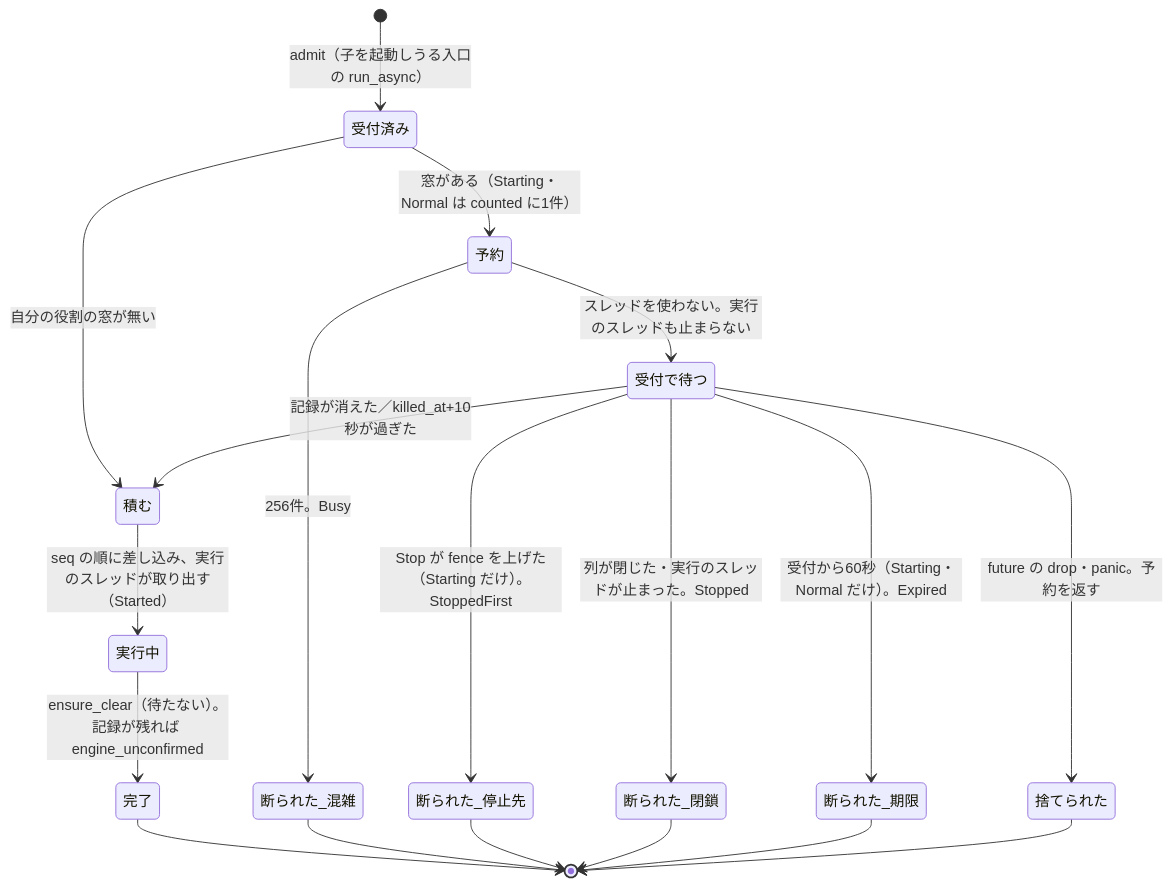
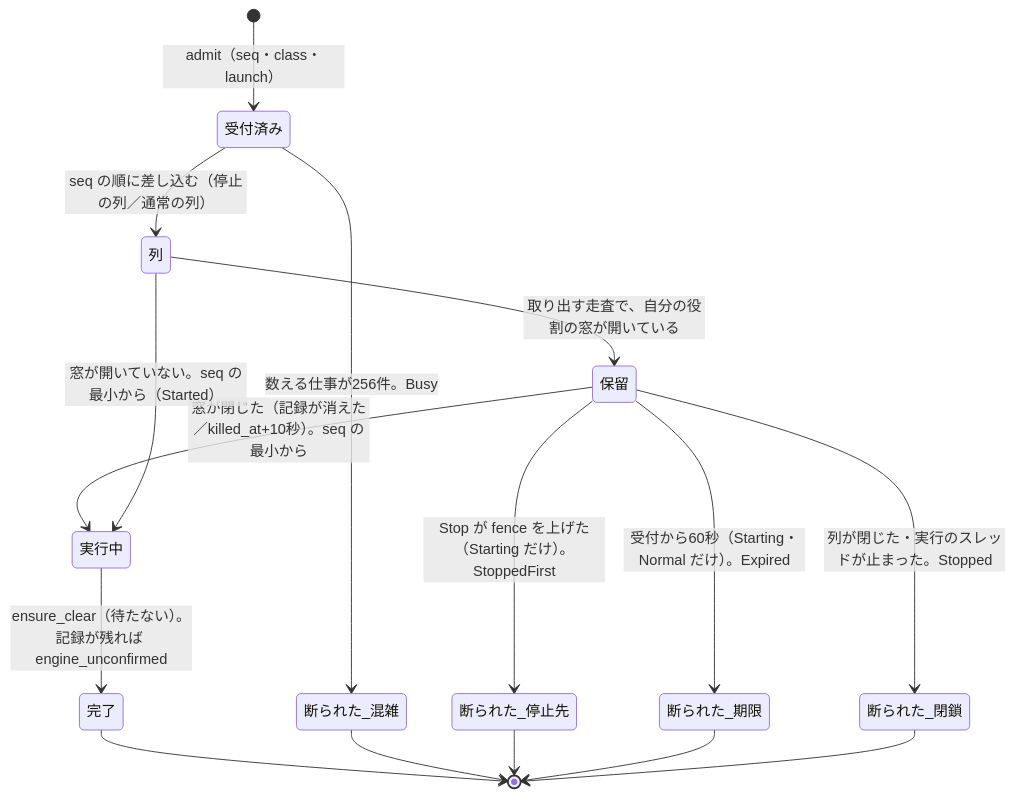
The fourth of 4 diagrams in docs/plans/audio-session-f1b0b-design.md (blackflame7983/Auralyn), drawn with Mermaid before and after one commit. The commit also changed other lines of this file, not shown here.

````diff
--- a/docs/plans/audio-session-f1b0b-design.md
+++ b/docs/plans/audio-session-f1b0b-design.md
@@ -1633,21 +1669,18 @@
 ```mermaid
 stateDiagram-v2
-  [*] --> 受付済み: admit（子を起動しうる入口の run_async）
-  受付済み --> 積む: 自分の役割の窓が無い
-  受付済み --> 予約: 窓がある（Starting・Normal は counted に1件）
-  予約 --> 断られた_混雑: 256件。Busy
-  予約 --> 受付で待つ: スレッドを使わない。実行のスレッドも止まらない
-  受付で待つ --> 積む: 記録が消えた／killed_at+10秒が過ぎた
-  受付で待つ --> 断られた_停止先: Stop が fence を上げた（Starting だけ）。StoppedFirst
-  受付で待つ --> 断られた_閉鎖: 列が閉じた・実行のスレッドが止まった。Stopped
-  受付で待つ --> 断られた_期限: 受付から60秒（Starting・Normal だけ）。Expired
-  受付で待つ --> 捨てられた: future の drop・panic。予約を返す
-  積む --> 実行中: seq の順に差し込み、実行のスレッドが取り出す（Started）
+  [*] --> 受付済み: admit（seq・class・launch）
+  受付済み --> 断られた_混雑: 数える仕事が256件。Busy
+  受付済み --> 列: seq の順に差し込む（停止の列／通常の列）
+  列 --> 保留: 取り出す走査で、自分の役割の窓が開いている
+  保留 --> 実行中: 窓が閉じた（記録が消えた／killed_at+10秒）。seq の最小から
+  列 --> 実行中: 窓が開いていない。seq の最小から（Started）
+  保留 --> 断られた_停止先: Stop が fence を上げた（Starting だけ）。StoppedFirst
+  保留 --> 断られた_期限: 受付から60秒（Starting・Normal だけ）。Expired
+  保留 --> 断られた_閉鎖: 列が閉じた・実行のスレッドが止まった。Stopped
   実行中 --> 完了: ensure_clear（待たない）。記録が残れば engine_unconfirmed
   完了 --> [*]
   断られた_混雑 --> [*]
   断られた_停止先 --> [*]
+  断られた_期限 --> [*]
   断られた_閉鎖 --> [*]
-  断られた_期限 --> [*]
-  捨てられた --> [*]
 ```
````
